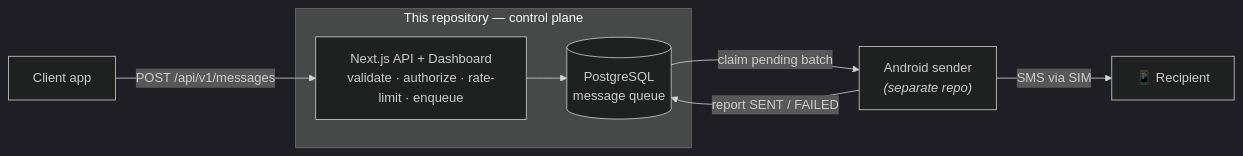
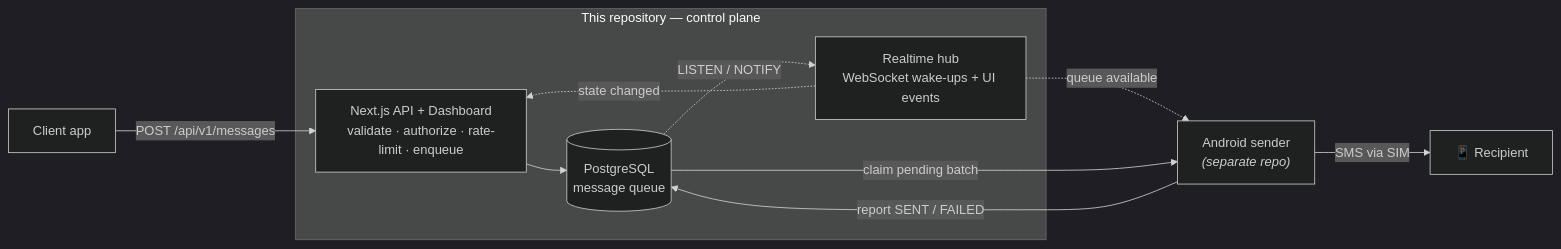
One commit to ijanvincent/sms changed the first of 2 diagrams in README.md. Above: the diagram before and after it, drawn with Mermaid (dark theme). The commit also changed other lines of this file and 14 other files, not shown here.

````diff
--- a/README.md
+++ b/README.md
@@ -68,18 +68,22 @@
 ```mermaid
 flowchart LR
     Client["Client app"]
 
     subgraph repo["This repository — control plane"]
         API["Next.js API + Dashboard<br/>validate · authorize · rate-limit · enqueue"]
+        RT["Realtime hub<br/>WebSocket wake-ups + UI events"]
         Queue[("PostgreSQL<br/>message queue")]
         API --> Queue
+        Queue -. "LISTEN / NOTIFY" .-> RT
     end
 
     Sender["Android sender<br/><i>(separate repo)</i>"]
     Phone["📱 Recipient"]
 
     Client -->|"POST /api/v1/messages"| API
+    RT -. "queue available" .-> Sender
+    RT -. "state changed" .-> API
     Queue -->|"claim pending batch"| Sender
     Sender -->|"report SENT / FAILED"| Queue
     Sender -->|"SMS via SIM"| Phone
 ```
````
